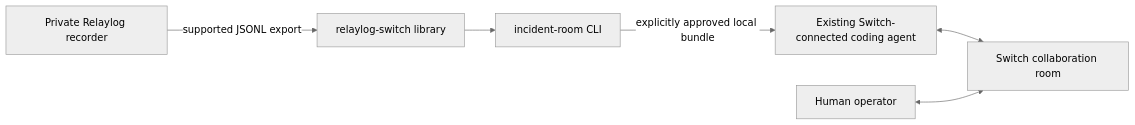
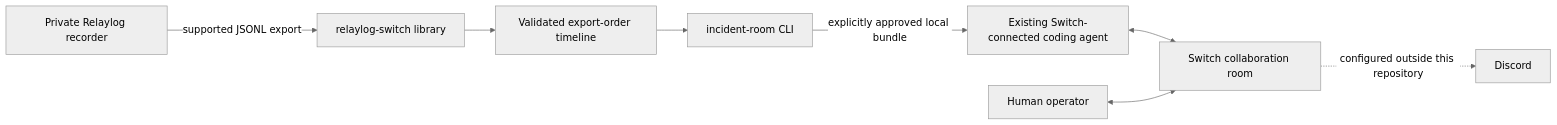
One commit to ibukun-brain/relaylog-switch changed the diagram in docs/architecture.md. Above: the diagram before and after it, drawn with Mermaid (neutral theme). The commit also changed other lines of this file and 24 other files, not shown here.

````diff
--- a/docs/architecture.md
+++ b/docs/architecture.md
@@ -5,8 +5,10 @@
 ```mermaid
 flowchart LR
   private[Private Relaylog recorder] -->|supported JSONL export| parser[relaylog-switch library]
-  parser --> cli[incident-room CLI]
+  parser --> timeline[Validated export-order timeline]
+  timeline --> cli[incident-room CLI]
   cli -->|explicitly approved local bundle| agent[Existing Switch-connected coding agent]
   agent <--> room[Switch collaboration room]
   human[Human operator] <--> room
+  room -. configured outside this repository .-> discord[Discord]
 ```
````
